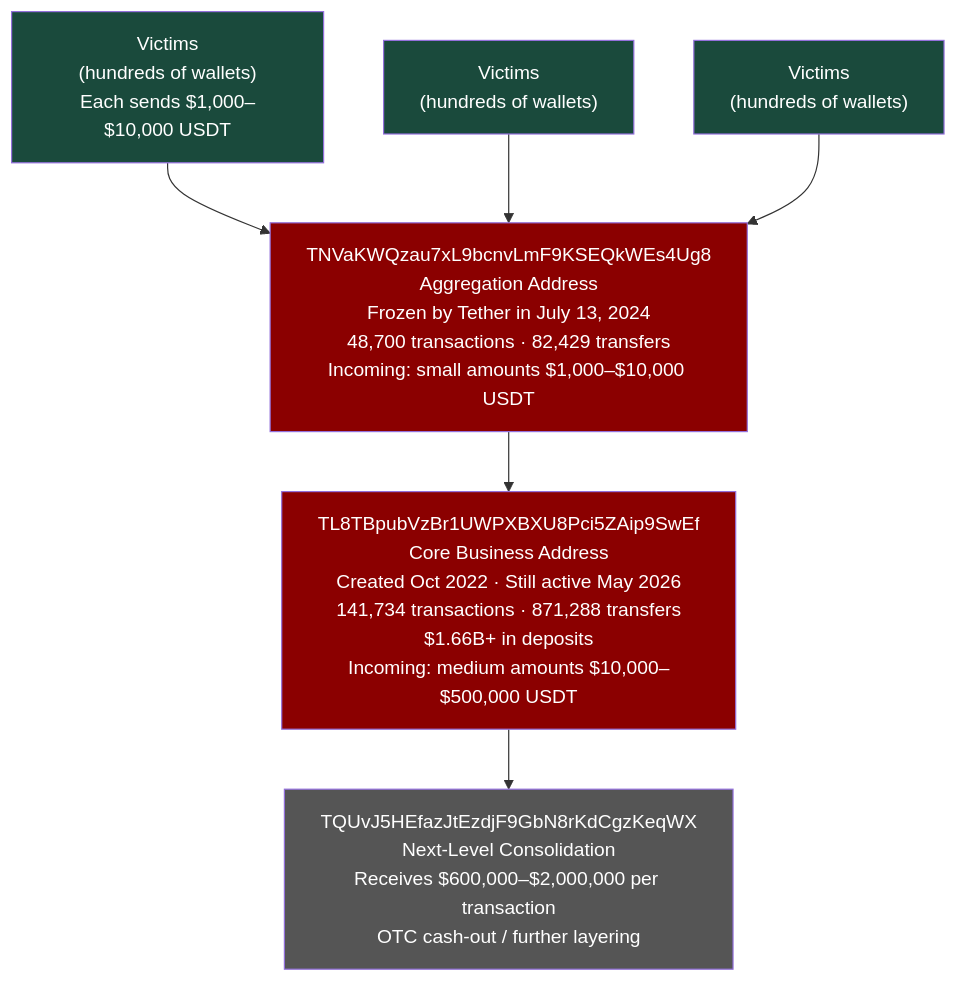
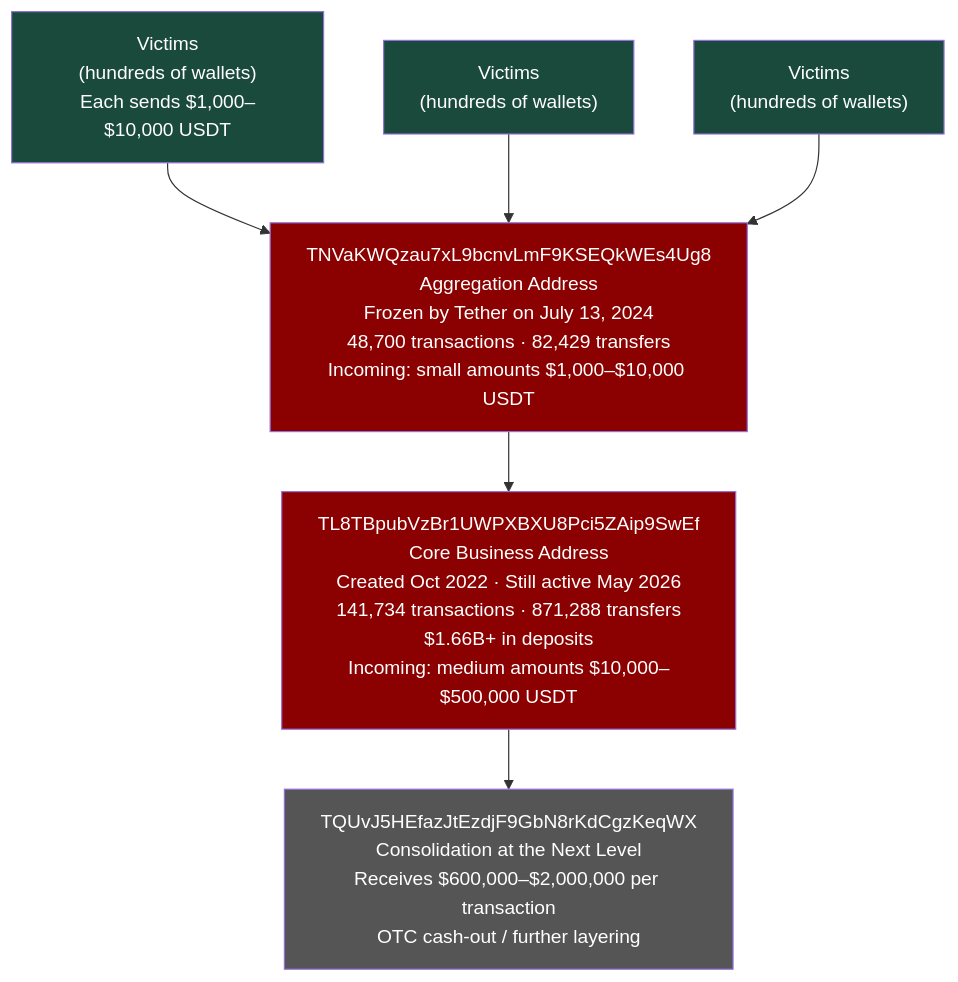
One commit to KotsykAndrey/aml-blockchain-portfolio changed the third of 5 diagrams in case-2-pig-butchering/README.md. Above: the diagram before and after it, drawn with Mermaid. The commit also changed other lines of this file, not shown here.

````diff
--- a/case-2-pig-butchering/README.md
+++ b/case-2-pig-butchering/README.md
@@ -281,35 +283,35 @@
 ```mermaid
 flowchart TD
     A["Victims
 (hundreds of wallets)
 Each sends $1,000–$10,000 USDT"] --> B
     A2["Victims
 (hundreds of wallets)"] --> B
     A3["Victims
 (hundreds of wallets)"] --> B
  
     B["TNVaKWQzau7xL9bcnvLmF9KSEQkWEs4Ug8
 Aggregation Address
-Frozen by Tether in July 13, 2024
+Frozen by Tether on July 13, 2024
 48,700 transactions · 82,429 transfers
 Incoming: small amounts $1,000–$10,000 USDT"] --> C
  
     C["TL8TBpubVzBr1UWPXBXU8Pci5ZAip9SwEf
 Core Business Address
 Created Oct 2022 · Still active May 2026
 141,734 transactions · 871,288 transfers
 $1.66B+ in deposits
 Incoming: medium amounts $10,000–$500,000 USDT"] --> D
  
     D["TQUvJ5HEfazJtEzdjF9GbN8rKdCgzKeqWX
-Next-Level Consolidation
+Consolidation at the Next Level
 Receives $600,000–$2,000,000 per transaction
 OTC cash-out / further layering"]
  
     style A fill:#1A4A3C,color:#fff
     style A2 fill:#1A4A3C,color:#fff
     style A3 fill:#1A4A3C,color:#fff
     style B fill:#8b0000,color:#fff
     style C fill:#8b0000,color:#fff
     style D fill:#555555,color:#fff
 ```
````
